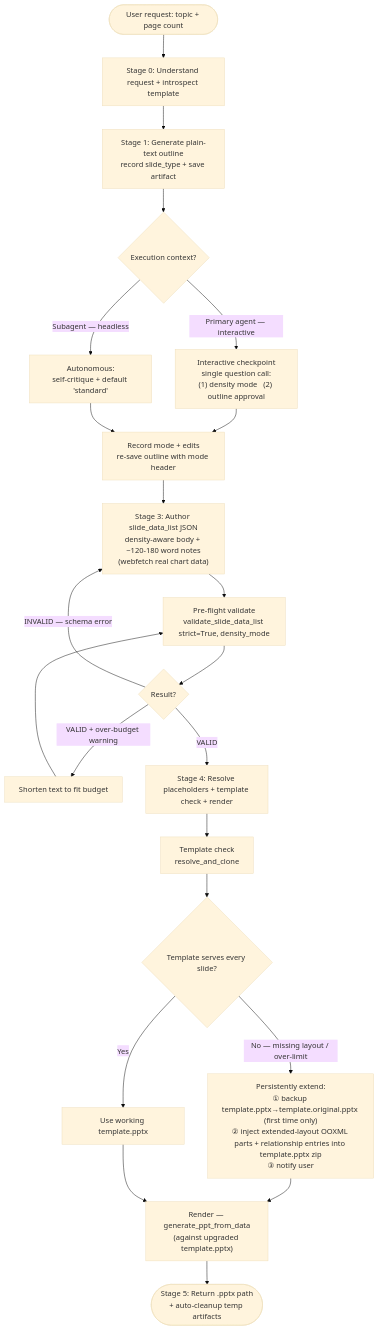
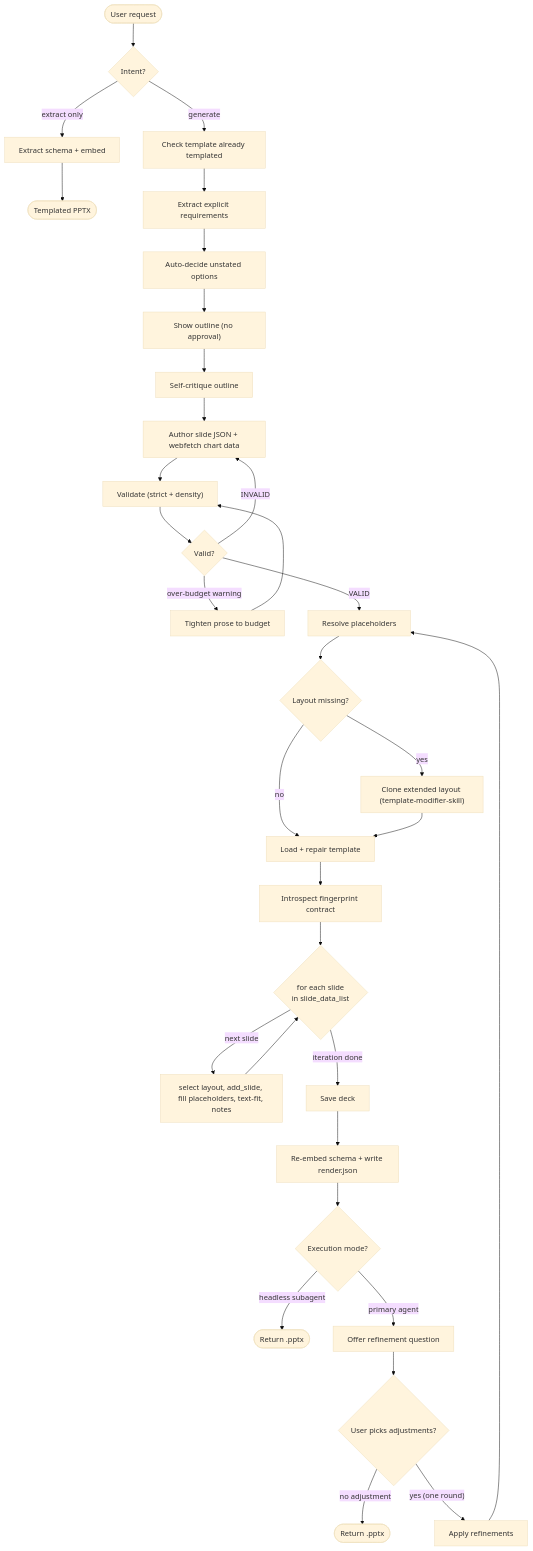
One commit to wcyapplemist/opencode-config-template-chenyu changed the diagram in docs/activity/activity-diagram.mmd. Above: the diagram before and after it, drawn with Mermaid (base theme). The commit also changed 14 other files, not shown here.

Commit message:
docs(template-modifier): default clone_on='missing' policy (option A); reorganize diagram assets

```diff
--- a/docs/activity/activity-diagram.mmd
+++ b/docs/activity/activity-diagram.mmd
@@ -1,35 +1,42 @@
-%% PPTX Subagent System — Activity Diagram (Agent Stage 0-5 pipeline)
-%% Render at https://mermaid.live (paste everything below the line)
+%% PPTX Subagent System — Activity Diagram (generate-first control flow)
+%% Complementary to workflow-diagram.mmd: decision branches + loops + per-slide render loop.
+%% Chinese version: activity-diagram.zh.mmd
+%% Render at https://mermaid.live
 flowchart TD
-    Start([User request: topic + page count]) --> S0
+    Start([User request]) --> Intent{"Intent?"}
 
-    S0["Stage 0: Understand request + introspect template"]
-    S0 --> S1
+    Intent -->|"extract only"| GT["Extract schema + embed"] --> EndExt([Templated PPTX])
 
-    S1["Stage 1: Generate plain-text outline<br/>record slide_type + save artifact"]
-    S1 --> S2
+    Intent -->|"generate"| SM1["Check template already templated"]
+    SM1 --> S0a["Extract explicit requirements"]
+    S0a --> S0b["Auto-decide unstated options"]
+    S0b --> S1["Show outline (no approval)"]
+    S1 --> S2["Self-critique outline"]
+    S2 --> S3["Author slide JSON + webfetch chart data"]
 
-    S2{"Execution context?"}
-    S2 -->|"Primary agent — interactive"| S2i["Interactive checkpoint<br/>single question call:<br/>(1) density mode   (2) outline approval"]
-    S2 -->|"Subagent — headless"| S2a["Autonomous:<br/>self-critique + default 'standard'"]
-    S2i --> S2c["Record mode + edits<br/>re-save outline with mode header"]
-    S2a --> S2c
-    S2c --> S3
+    S3 --> Val["Validate (strict + density)"]
+    Val --> ValD{"Valid?"}
+    ValD -->|"INVALID"| S3
+    ValD -->|"over-budget warning"| Tighten["Tighten prose to budget"] --> Val
+    ValD -->|"VALID"| Resolve["Resolve placeholders"]
 
-    S3["Stage 3: Author slide_data_list JSON<br/>density-aware body + ~120-180 word notes<br/>(webfetch real chart data)"]
-    S3 --> S3v["Pre-flight validate<br/>validate_slide_data_list strict=True, density_mode"]
-    S3v --> S3d{"Result?"}
-    S3d -->|"INVALID — schema error"| S3
-    S3d -->|"VALID + over-budget warning"| S3t["Shorten text to fit budget"] --> S3v
-    S3d -->|"VALID"| S4
+    Resolve --> TMD{"Layout missing?"}
+    TMD -->|"yes"| Clone["Clone extended layout (template-modifier-skill)"]
+    TMD -->|"no"| Load
+    Clone --> Load["Load + repair template"]
 
-    S4["Stage 4: Resolve placeholders + template check + render"]
-    S4 --> S4c["Template check<br/>resolve_and_clone"]
-    S4c --> S4d{"Template serves every slide?"}
-    S4d -->|"No — missing layout / over-limit"| S4k["Persistently extend:<br/>① backup template.pptx→template.original.pptx (first time only)<br/>② inject extended-layout OOXML parts + relationship entries into template.pptx zip<br/>③ notify user"]
-    S4d -->|"Yes"| S4b["Use working template.pptx"]
-    S4k --> S4r["Render — generate_ppt_from_data<br/>(against upgraded template.pptx)"]
-    S4b --> S4r
-    S4r --> S5
+    Load --> Intro["Introspect fingerprint contract"]
+    Intro --> LoopD{"for each slide<br/>in slide_data_list"}
+    LoopD -->|"next slide"| Slide["select layout, add_slide, fill placeholders, text-fit, notes"]
+    Slide --> LoopD
+    LoopD -->|"iteration done"| Save["Save deck"]
 
-    S5(["Stage 5: Return .pptx path<br/>+ auto-cleanup temp artifacts"])
+    Save --> Post["Re-embed schema + write render.json"]
+    Post --> Mode{"Execution mode?"}
+
+    Mode -->|"headless subagent"| End1([Return .pptx])
+    Mode -->|"primary agent"| RefQ["Offer refinement question"]
+    RefQ --> RefD{"User picks adjustments?"}
+    RefD -->|"no adjustment"| End2([Return .pptx])
+    RefD -->|"yes (one round)"| Apply["Apply refinements"]
+    Apply --> Resolve
```
